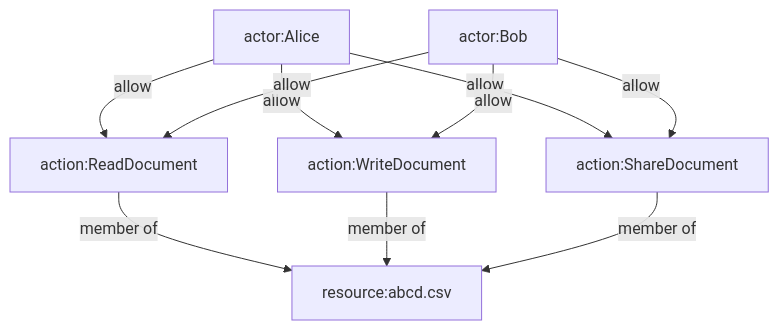
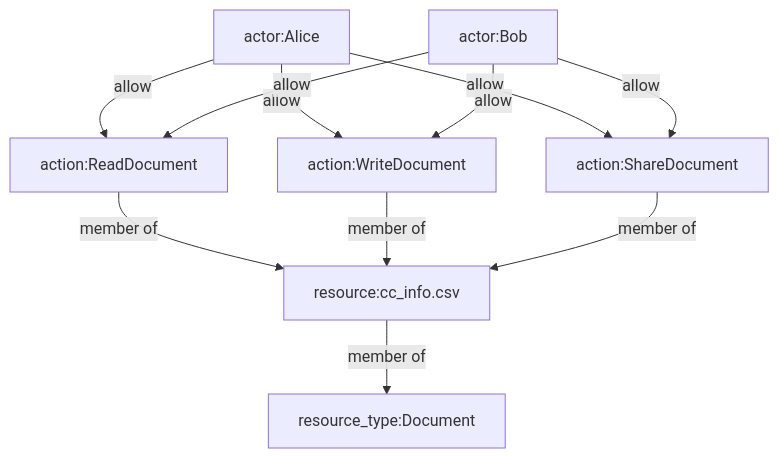
The second of 4 diagrams in docs/index.md (graydenshand/permission-graph), drawn with Mermaid before and after one commit. The commit also changed other lines of this file and 12 other files, not shown here.

Commit message:
Pydantic, doc tests, resource-type nodes

````diff
--- a/docs/index.md
+++ b/docs/index.md
@@ -102,20 +108,23 @@
-```mermaid
-flowchart
-    alice[actor:Alice]
-    bob[actor:Bob]
-    document[resource:abcd.csv]
-    read[action:ReadDocument]
-    write[action:WriteDocument]
-    share[action:ShareDocument]
+    ```mermaid
+    flowchart
+        alice[actor:Alice]
+        bob[actor:Bob]
+        document[resource:cc_info.csv]
+        read[action:ReadDocument]
+        write[action:WriteDocument]
+        share[action:ShareDocument]
+        document_type[resource_type:Document]
 
-    read-->|member of|document
-    write-->|member of|document
-    share-->|member of|document
+        document-->|member of|document_type
 
-    alice-->|allow|read
-    alice-->|allow|write
-    alice-->|allow|share
-    bob-->|allow|read
-    bob-->|allow|write
-    bob-->|allow|share
-```
+        read-->|member of|document
+        write-->|member of|document
+        share-->|member of|document
+
+        alice-->|allow|read
+        alice-->|allow|write
+        alice-->|allow|share
+        bob-->|allow|read
+        bob-->|allow|write
+        bob-->|allow|share
+    ```
````
